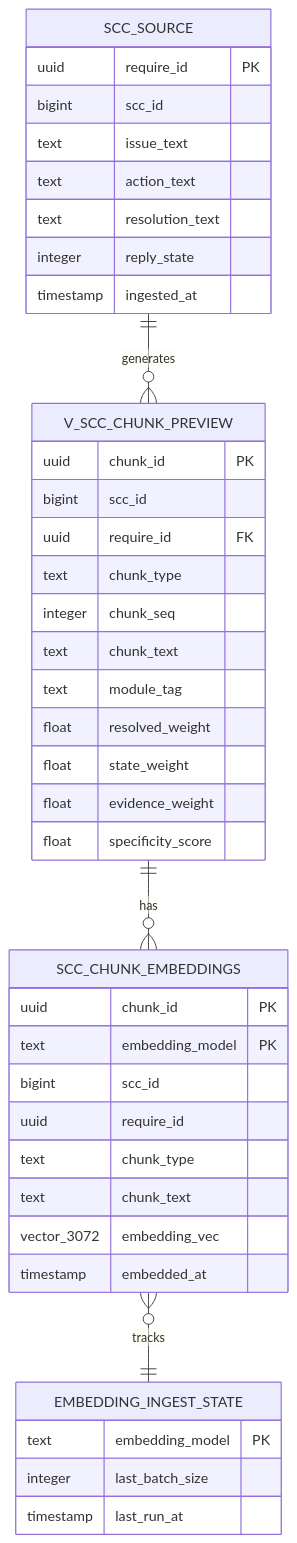
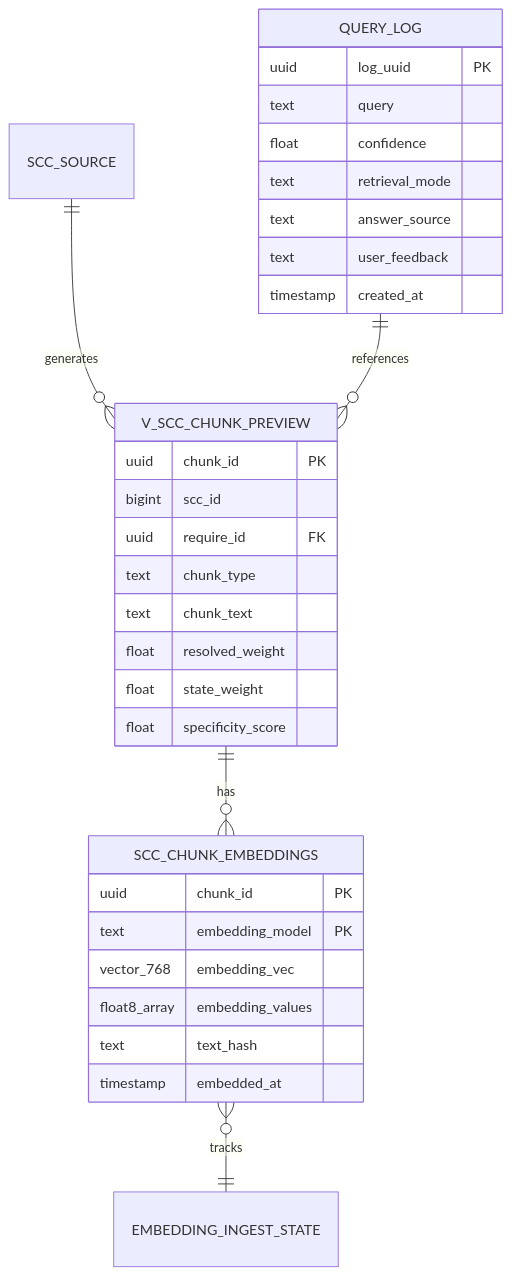
The second of 3 diagrams in README.md (jdhert/CS-ChatBot), drawn with Mermaid before and after one commit. The commit also changed other lines of this file, not shown here.

````diff
--- a/README.md
+++ b/README.md
@@ -302,47 +268,37 @@
 ```mermaid
 erDiagram
     SCC_SOURCE ||--o{ V_SCC_CHUNK_PREVIEW : "generates"
     V_SCC_CHUNK_PREVIEW ||--o{ SCC_CHUNK_EMBEDDINGS : "has"
     SCC_CHUNK_EMBEDDINGS }o--|| EMBEDDING_INGEST_STATE : "tracks"
-
-    SCC_SOURCE {
-        uuid require_id PK
-        bigint scc_id
-        text issue_text
-        text action_text
-        text resolution_text
-        integer reply_state
-        timestamp ingested_at
-    }
+    QUERY_LOG ||--o{ V_SCC_CHUNK_PREVIEW : "references"
 
     V_SCC_CHUNK_PREVIEW {
         uuid chunk_id PK
         bigint scc_id
         uuid require_id FK
         text chunk_type
-        integer chunk_seq
         text chunk_text
-        text module_tag
         float resolved_weight
         float state_weight
-        float evidence_weight
         float specificity_score
     }
 
     SCC_CHUNK_EMBEDDINGS {
         uuid chunk_id PK
         text embedding_model PK
-        bigint scc_id
-        uuid require_id
-        text chunk_type
-        text chunk_text
-        vector_3072 embedding_vec
+        vector_768 embedding_vec
+        float8_array embedding_values
+        text text_hash
         timestamp embedded_at
     }
 
-    EMBEDDING_INGEST_STATE {
-        text embedding_model PK
-        integer last_batch_size
-        timestamp last_run_at
+    QUERY_LOG {
+        uuid log_uuid PK
+        text query
+        float confidence
+        text retrieval_mode
+        text answer_source
+        text user_feedback
+        timestamp created_at
     }
 ```
````
